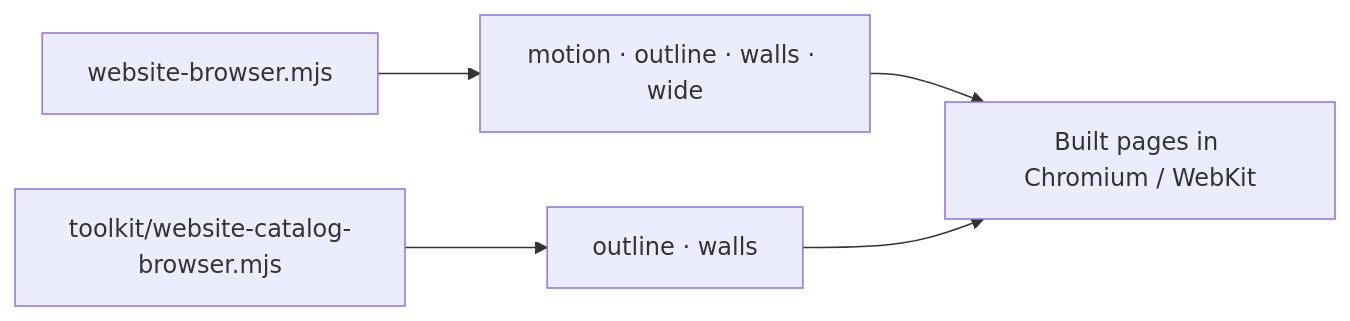
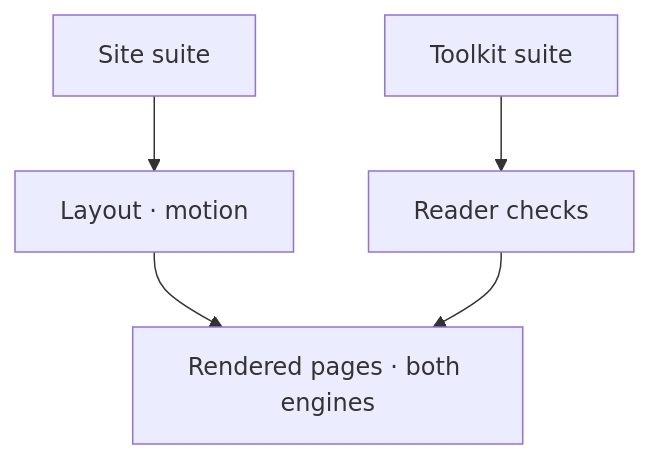
The diagram in tests/site/layout/README.md (Valpatel/cad-agent), drawn with Mermaid before and after one commit. The commit also changed other lines of this file, not shown here.

Commit message:
Keep the layout test map within the document column

````diff
--- a/tests/site/layout/README.md
+++ b/tests/site/layout/README.md
@@ -6,7 +6,7 @@
 ```mermaid
-flowchart LR
-    R["website-browser.mjs"] --> L["motion · outline · walls · wide"]
-    C["toolkit/website-catalog-browser.mjs"] --> O["outline · walls"]
-    L --> S["Built pages in Chromium / WebKit"]
+flowchart TB
+    R["Site suite"] --> L["Layout · motion"]
+    C["Toolkit suite"] --> O["Reader checks"]
+    L --> S["Rendered pages · both engines"]
     O --> S
 ```
````
